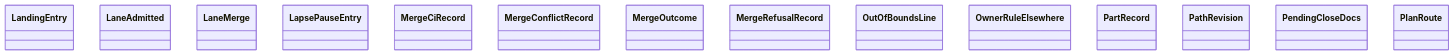
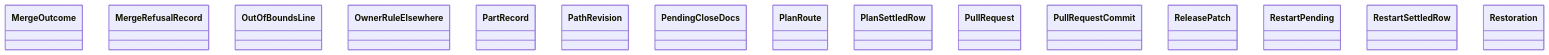
Before and after one commit to GonzaloZevallos/agentic-system: the diagram in docs/architecture/generated/classes-process-domain-state-7.md, drawn with Mermaid. The commit also changed other lines of this file and 22 other files, not shown here.

Commit message:
Regenerate the architecture docs after merging master

````diff
--- a/docs/architecture/generated/classes-process-domain-state-7.md
+++ b/docs/architecture/generated/classes-process-domain-state-7.md
@@ -30,17 +30,18 @@
 ```mermaid
 classDiagram
-    class task__LandingEntry["LandingEntry"]
-    class task__LaneAdmitted["LaneAdmitted"]
-    class task__LaneMerge["LaneMerge"]
-    class task__LapsePauseEntry["LapsePauseEntry"]
-    class task__MergeCiRecord["MergeCiRecord"]
-    class task__MergeConflictRecord["MergeConflictRecord"]
     class task__MergeOutcome["MergeOutcome"]
     class task__MergeRefusalRecord["MergeRefusalRecord"]
     class task__OutOfBoundsLine["OutOfBoundsLine"]
     class task__OwnerRuleElsewhere["OwnerRuleElsewhere"]
     class task__PartRecord["PartRecord"]
     class task__PathRevision["PathRevision"]
     class task__PendingCloseDocs["PendingCloseDocs"]
     class task__PlanRoute["PlanRoute"]
+    class task__PlanSettledRow["PlanSettledRow"]
+    class task__PullRequest["PullRequest"]
+    class task__PullRequestCommit["PullRequestCommit"]
+    class task__ReleasePatch["ReleasePatch"]
+    class task__RestartPending["RestartPending"]
+    class task__RestartSettledRow["RestartSettledRow"]
+    class task__Restoration["Restoration"]
 ```
````
